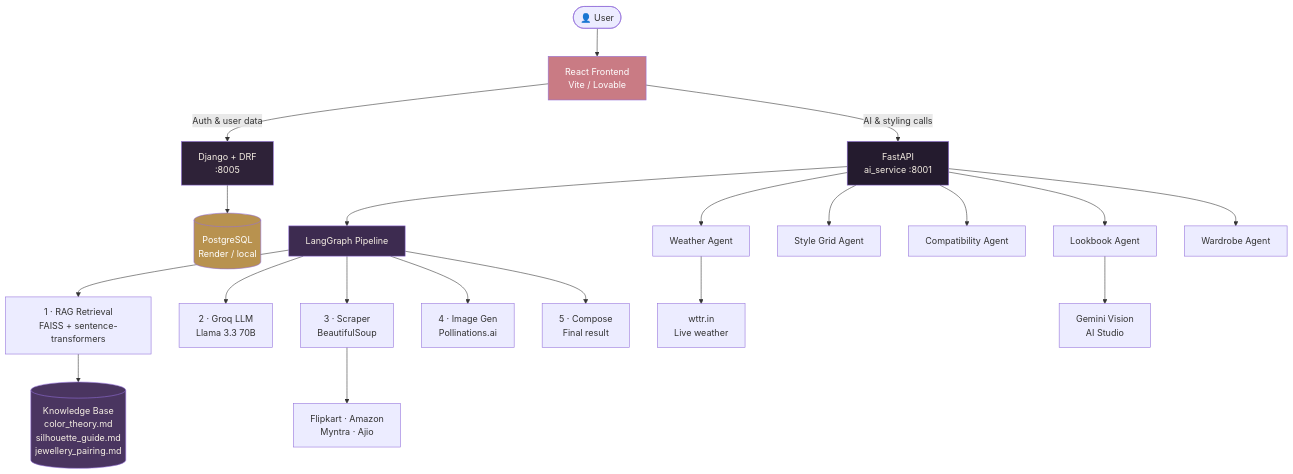
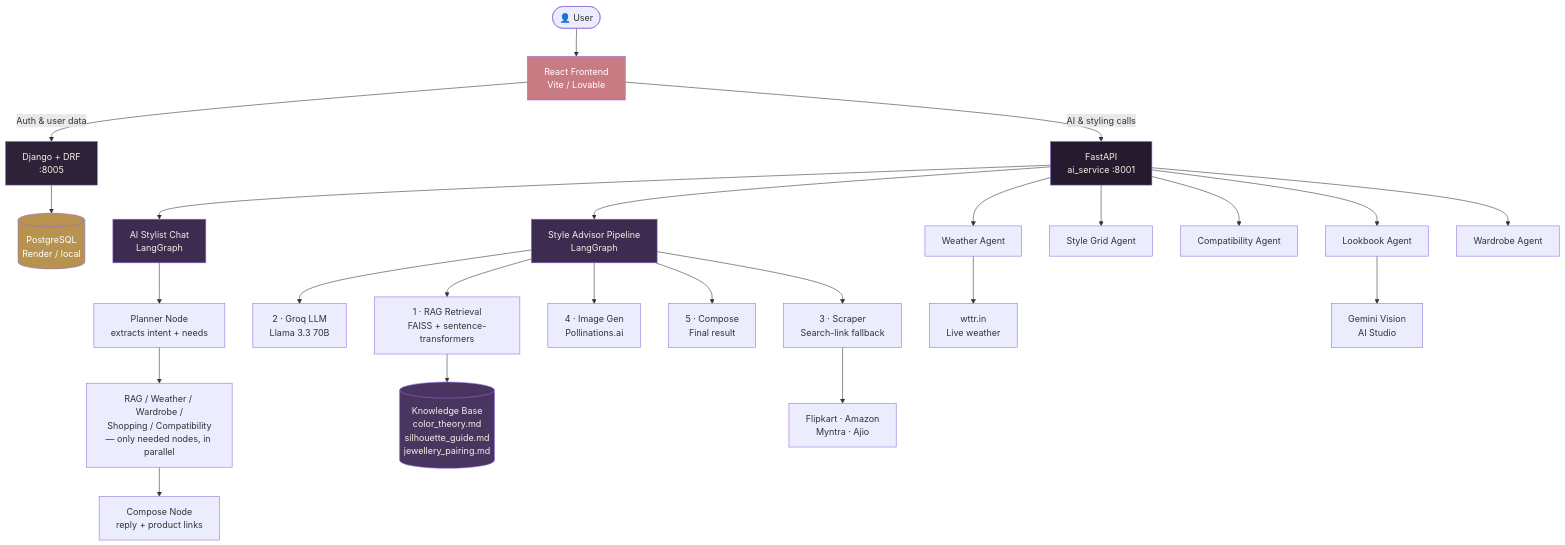
Before and after one commit to saloni8780/StyleSense: the first of 4 diagrams in README.md, drawn with Mermaid. The commit also changed other lines of this file and 7 other files, not shown here.

Commit message:
Add AI Stylist Chat: LangGraph planner + multi-agent routing + memory

````diff
--- a/README.md
+++ b/README.md
@@ -14,34 +14,40 @@
 ```mermaid
 graph TD
     U([👤 User]) --> R[React Frontend<br/>Vite / Lovable]
 
     R -->|AI & styling calls| F[FastAPI<br/>ai_service :8001]
     R -->|Auth & user data| D[Django + DRF<br/>:8005]
 
     D --> PG[(PostgreSQL<br/>Render / local)]
 
-    F --> LG[LangGraph Pipeline]
+    F --> LG[Style Advisor Pipeline<br/>LangGraph]
+    F --> CG[AI Stylist Chat<br/>LangGraph]
     F --> WA[Weather Agent]
     F --> SG[Style Grid Agent]
     F --> CS[Compatibility Agent]
     F --> LK[Lookbook Agent]
     F --> WS[Wardrobe Agent]
 
     LG --> N1[1 · RAG Retrieval<br/>FAISS + sentence-transformers]
     LG --> N2[2 · Groq LLM<br/>Llama 3.3 70B]
-    LG --> N3[3 · Scraper<br/>BeautifulSoup]
+    LG --> N3[3 · Scraper<br/>Search-link fallback]
     LG --> N4[4 · Image Gen<br/>Pollinations.ai]
     LG --> N5[5 · Compose<br/>Final result]
+
+    CG --> CN1[Planner Node<br/>extracts intent + needs]
+    CN1 --> CN2[RAG / Weather / Wardrobe /<br/>Shopping / Compatibility<br/>— only needed nodes, in parallel]
+    CN2 --> CN3[Compose Node<br/>reply + product links]
 
     N1 --> KB[(Knowledge Base<br/>color_theory.md<br/>silhouette_guide.md<br/>jewellery_pairing.md)]
     N3 --> SC[Flipkart · Amazon<br/>Myntra · Ajio]
     WA --> WT[wttr.in<br/>Live weather]
     LK --> GV[Gemini Vision<br/>AI Studio]
 
     style R fill:#C97B84,color:#fff
     style F fill:#241B2E,color:#F6EFE4
     style D fill:#2E2238,color:#F6EFE4
     style PG fill:#B8924F,color:#fff
     style LG fill:#3D2B50,color:#F6EFE4
+    style CG fill:#3D2B50,color:#F6EFE4
     style KB fill:#4A3560,color:#F6EFE4
 ```
````
